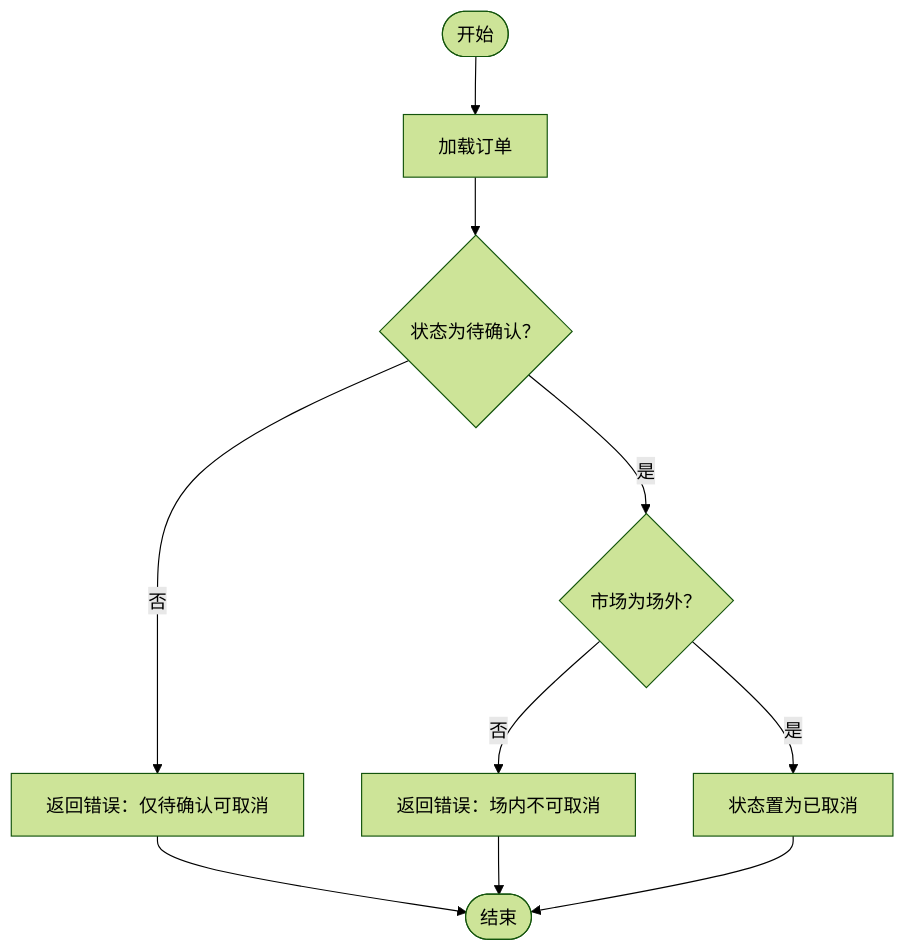
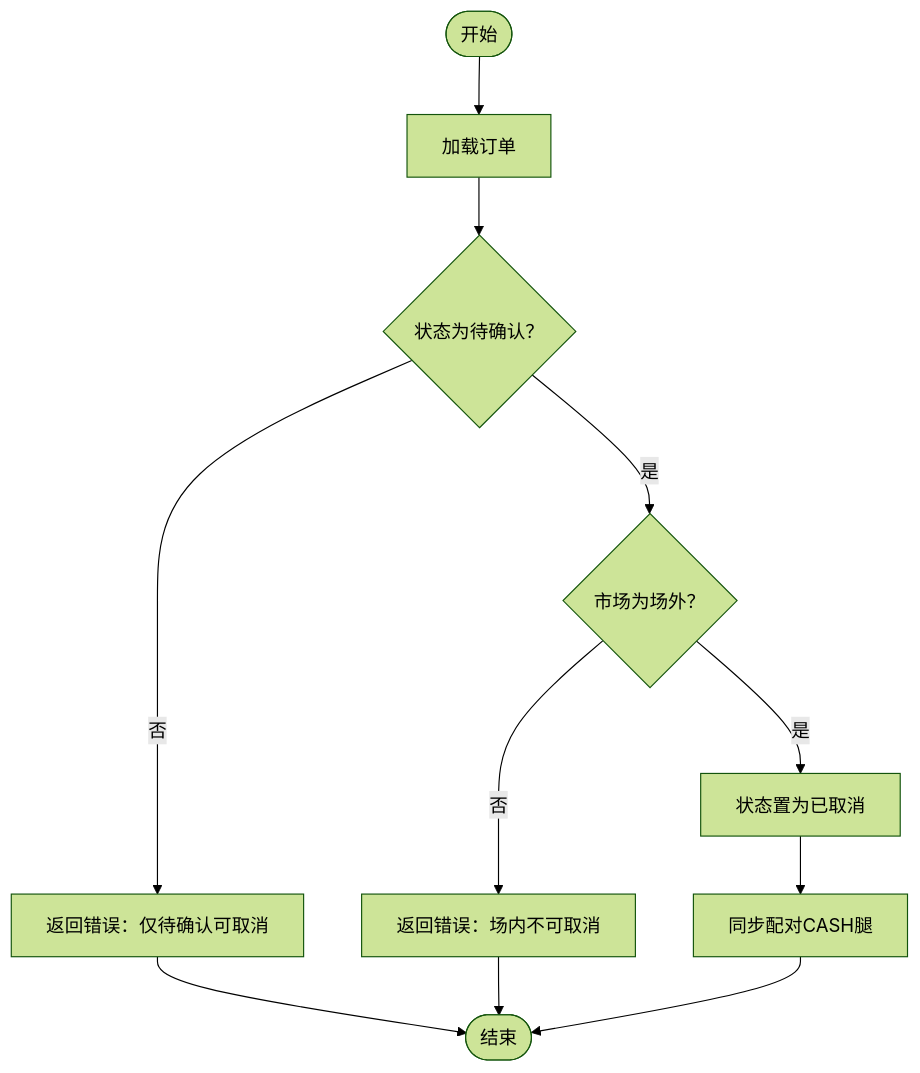
Diagram 12 of 15 in .qoder/repowiki/zh/content/核心业务功能/交易处理.md (gujialind/InvestRing), drawn with Mermaid (forest theme) before and after one commit. The commit also changed other lines of this file and 65 other files, not shown here.

````diff
--- a/.qoder/repowiki/zh/content/核心业务功能/交易处理.md
+++ b/.qoder/repowiki/zh/content/核心业务功能/交易处理.md
@@ -585,12 +549,13 @@
 ```mermaid
 flowchart TD
 Start(["开始"]) --> Load["加载订单"]
 Load --> Status{"状态为待确认？"}
 Status --> |否| Err["返回错误：仅待确认可取消"]
 Status --> |是| Market{"市场为场外？"}
 Market --> |否| Err2["返回错误：场内不可取消"]
 Market --> |是| Cancel["状态置为已取消"]
-Cancel --> End(["结束"])
+Cancel --> SyncPair["同步配对CASH腿"]
+SyncPair --> End(["结束"])
 Err --> End
 Err2 --> End
 ```
````
